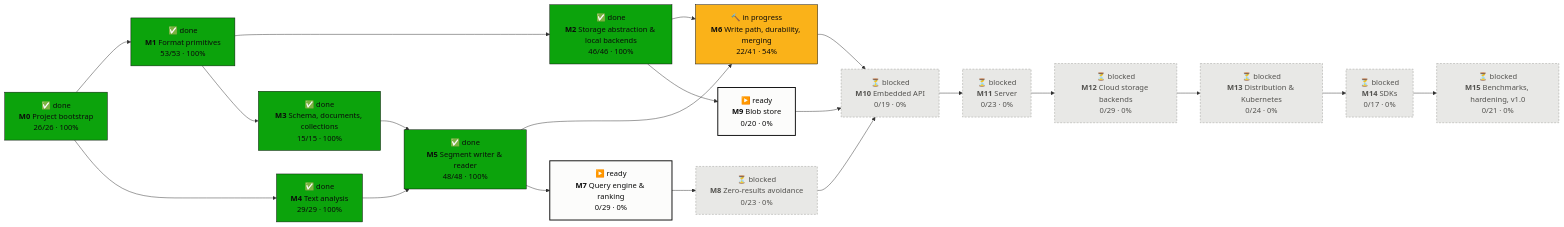
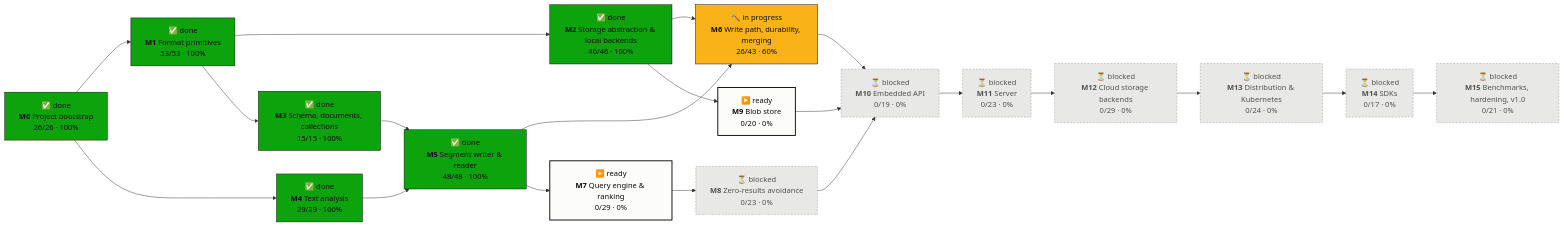
Before and after one commit to tomiok/persiaDB: the first of 2 diagrams in PROGRESS.md, drawn with Mermaid. The commit also changed other lines of this file and 20 other files, not shown here.

First line of the commit message:
Merge policy and segment merger (ROADMAP 6.5.1–6.5.2) (#41)

````diff
--- a/PROGRESS.md
+++ b/PROGRESS.md
@@ -16,42 +16,42 @@
 ```mermaid
 flowchart LR
   M0["✅ done<br/><b>M0</b> Project bootstrap<br/>26/26 · 100%"]:::done
   M1["✅ done<br/><b>M1</b> Format primitives<br/>53/53 · 100%"]:::done
   M2["✅ done<br/><b>M2</b> Storage abstraction & local backends<br/>46/46 · 100%"]:::done
   M3["✅ done<br/><b>M3</b> Schema, documents, collections<br/>15/15 · 100%"]:::done
   M4["✅ done<br/><b>M4</b> Text analysis<br/>29/29 · 100%"]:::done
   M5["✅ done<br/><b>M5</b> Segment writer & reader<br/>48/48 · 100%"]:::done
-  M6["🔨 in progress<br/><b>M6</b> Write path, durability, merging<br/>22/41 · 54%"]:::doing
+  M6["🔨 in progress<br/><b>M6</b> Write path, durability, merging<br/>26/43 · 60%"]:::doing
   M7["▶️ ready<br/><b>M7</b> Query engine & ranking<br/>0/29 · 0%"]:::ready
   M8["⏳ blocked<br/><b>M8</b> Zero-results avoidance<br/>0/23 · 0%"]:::blocked
   M9["▶️ ready<br/><b>M9</b> Blob store<br/>0/20 · 0%"]:::ready
   M10["⏳ blocked<br/><b>M10</b> Embedded API<br/>0/19 · 0%"]:::blocked
   M11["⏳ blocked<br/><b>M11</b> Server<br/>0/23 · 0%"]:::blocked
   M12["⏳ blocked<br/><b>M12</b> Cloud storage backends<br/>0/29 · 0%"]:::blocked
   M13["⏳ blocked<br/><b>M13</b> Distribution & Kubernetes<br/>0/24 · 0%"]:::blocked
   M14["⏳ blocked<br/><b>M14</b> SDKs<br/>0/17 · 0%"]:::blocked
   M15["⏳ blocked<br/><b>M15</b> Benchmarks, hardening, v1.0<br/>0/21 · 0%"]:::blocked
   M0 --> M1
   M1 --> M2
   M1 --> M3
   M0 --> M4
   M3 --> M5
   M4 --> M5
   M2 --> M6
   M5 --> M6
   M5 --> M7
   M7 --> M8
   M2 --> M9
   M6 --> M10
   M8 --> M10
   M9 --> M10
   M10 --> M11
   M11 --> M12
   M12 --> M13
   M13 --> M14
   M14 --> M15
   classDef done fill:#0ca30c,stroke:#0b0b0b,color:#0b0b0b
   classDef doing fill:#fab219,stroke:#0b0b0b,color:#0b0b0b
   classDef ready fill:#fcfcfb,stroke:#0b0b0b,stroke-width:2px,color:#0b0b0b
   classDef blocked fill:#e8e8e6,stroke:#9a9a96,stroke-dasharray:4 3,color:#52514e
 ```
````
